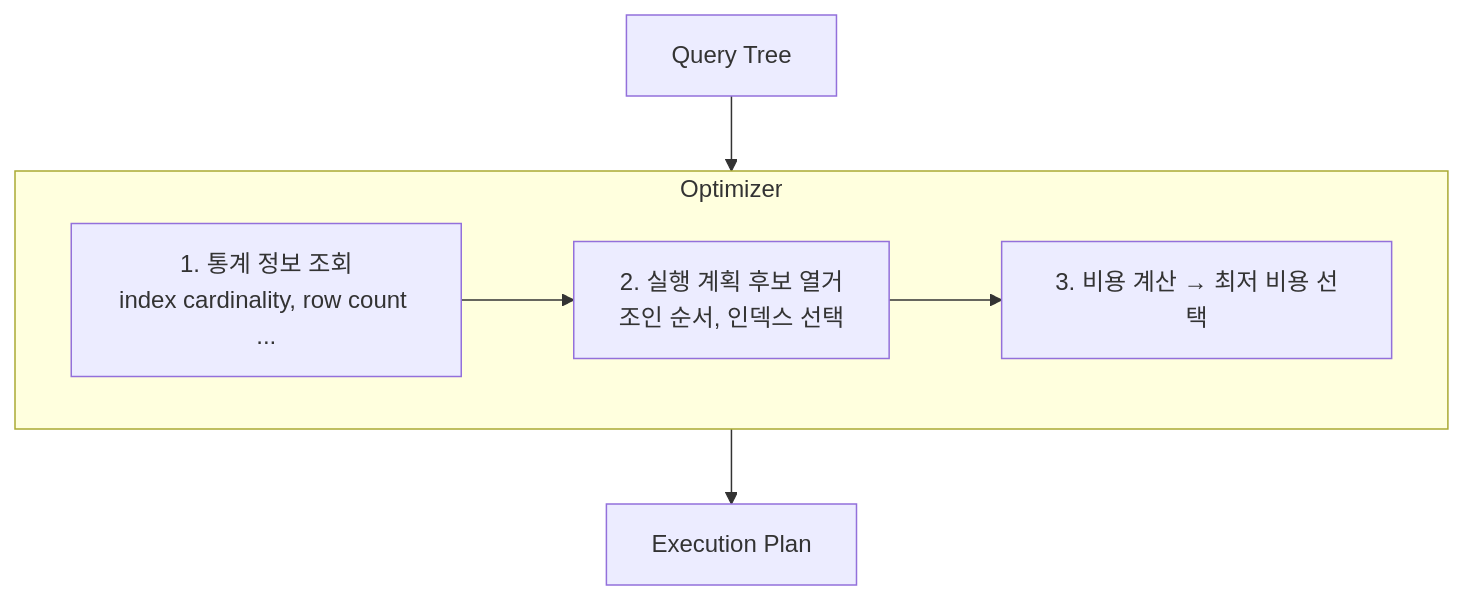
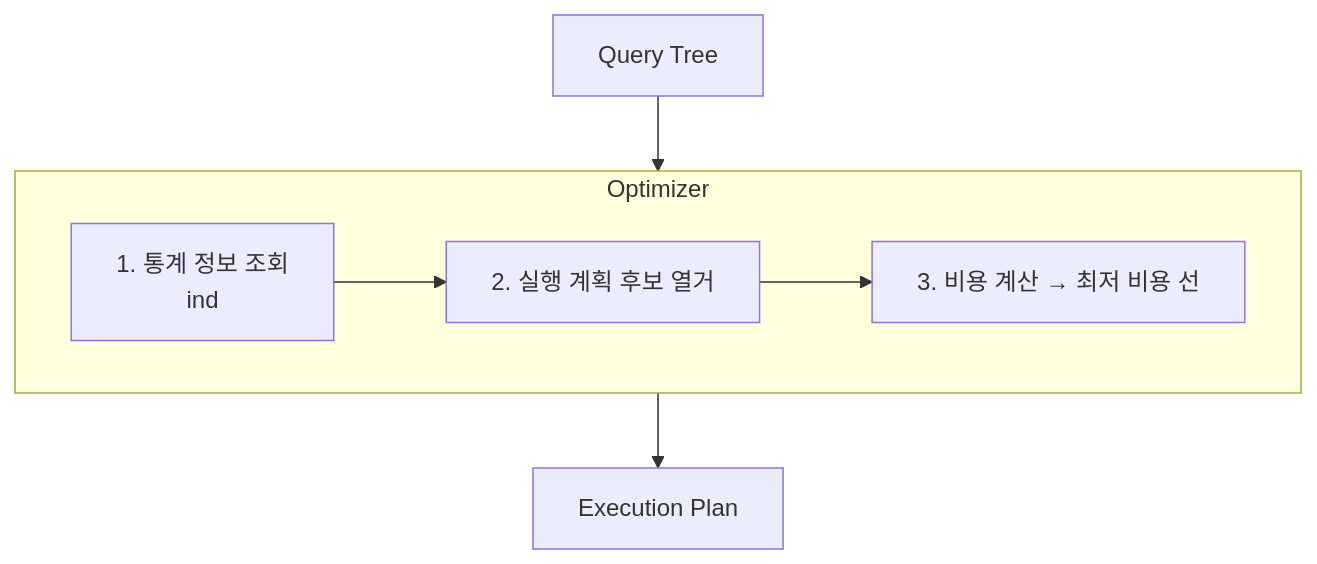
The second of 10 diagrams in _posts/db/2026-05-01-db-internals.md (yjkim2015/yjkim2015.github.io), drawn with Mermaid before and after one commit. The commit also changed other lines of this file and 271 other files, not shown here.

First line of the commit message:
Mermaid 라벨 축소: 긴 노드 텍스트 18자 이하로 트림 + \n 제거

````diff
--- a/_posts/db/2026-05-01-db-internals.md
+++ b/_posts/db/2026-05-01-db-internals.md
@@ -50,11 +50,11 @@
 ```mermaid
 graph TD
     QT[Query Tree] --> OPT
     subgraph OPT[Optimizer]
-        S1["1. 통계 정보 조회<br>index cardinality, row count ..."]
-        S2["2. 실행 계획 후보 열거<br>조인 순서, 인덱스 선택"]
-        S3["3. 비용 계산 → 최저 비용 선택"]
+        S1["1. 통계 정보 조회<br>ind"]
+        S2["2. 실행 계획 후보 열거<br>"]
+        S3["3. 비용 계산 → 최저 비용 선"]
         S1 --> S2 --> S3
     end
     OPT --> EP[Execution Plan]
 ```
````
